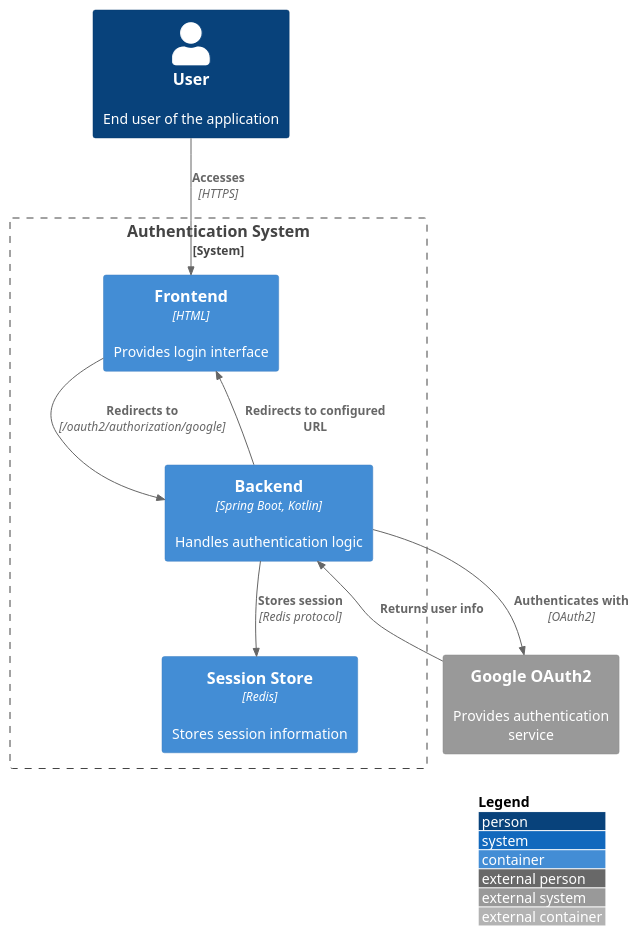
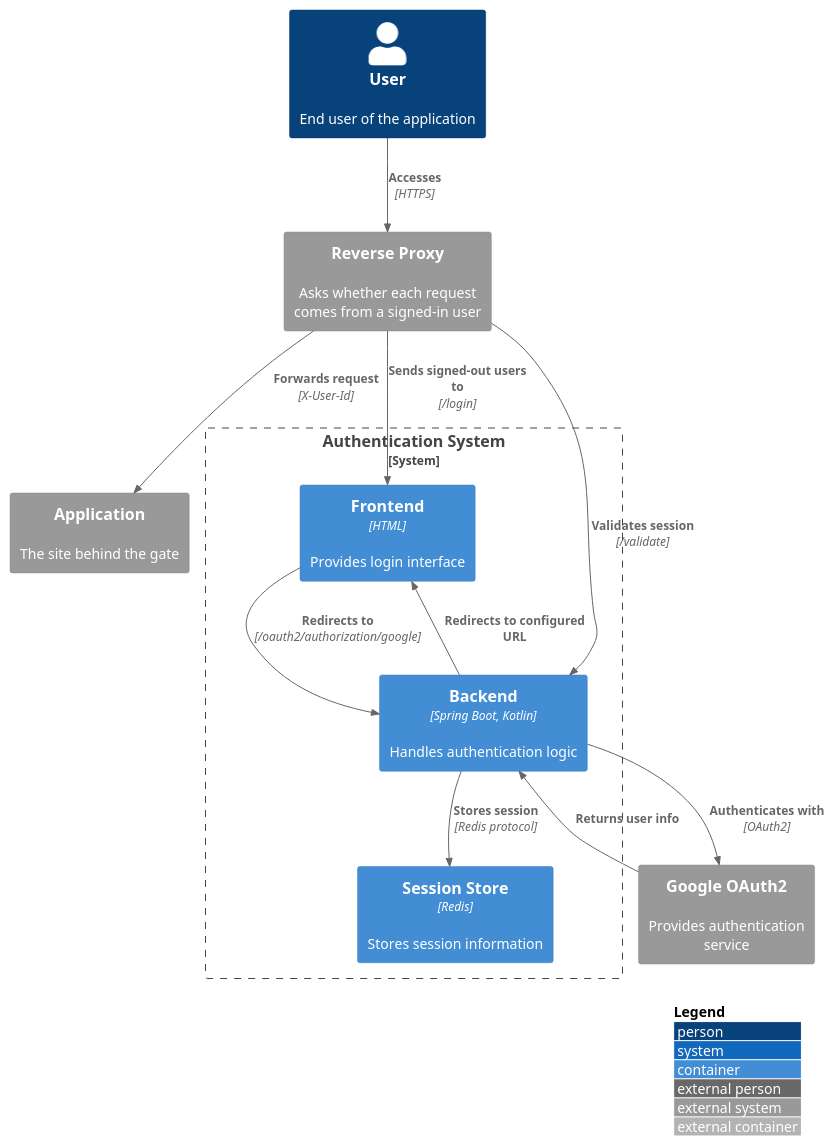
The diagram in screenshots/architecture.md (ktenman/auth), drawn with PlantUML before and after one commit. The commit also changed 1 other file, not shown here.

Commit message:
Show the reverse proxy in the architecture diagram

```diff
--- a/screenshots/architecture.md
+++ b/screenshots/architecture.md
@@ -1,22 +1,28 @@
 @startuml
 !include https://raw.githubusercontent.com/plantuml-stdlib/C4-PlantUML/master/C4_Container.puml
 
 LAYOUT_WITH_LEGEND()
 
 Person(user, "User", "End user of the application")
+
+System_Ext(proxy, "Reverse Proxy", "Asks whether each request comes from a signed-in user")
 
 System_Boundary(auth_system, "Authentication System") {
 Container(frontend, "Frontend", "HTML", "Provides login interface")
 Container(backend, "Backend", "Spring Boot, Kotlin", "Handles authentication logic")
 Container(redis, "Session Store", "Redis", "Stores session information")
 }
 
 System_Ext(google, "Google OAuth2", "Provides authentication service")
+System_Ext(app, "Application", "The site behind the gate")
 
-Rel(user, frontend, "Accesses", "HTTPS")
+Rel(user, proxy, "Accesses", "HTTPS")
+Rel(proxy, backend, "Validates session", "/validate")
+Rel(proxy, frontend, "Sends signed-out users to", "/login")
+Rel(proxy, app, "Forwards request", "X-User-Id")
 Rel(frontend, backend, "Redirects to", "/oauth2/authorization/google")
 Rel(backend, google, "Authenticates with", "OAuth2")
 Rel(google, backend, "Returns user info")
 Rel(backend, redis, "Stores session", "Redis protocol")
 Rel(backend, frontend, "Redirects to configured URL")
 @enduml
```
